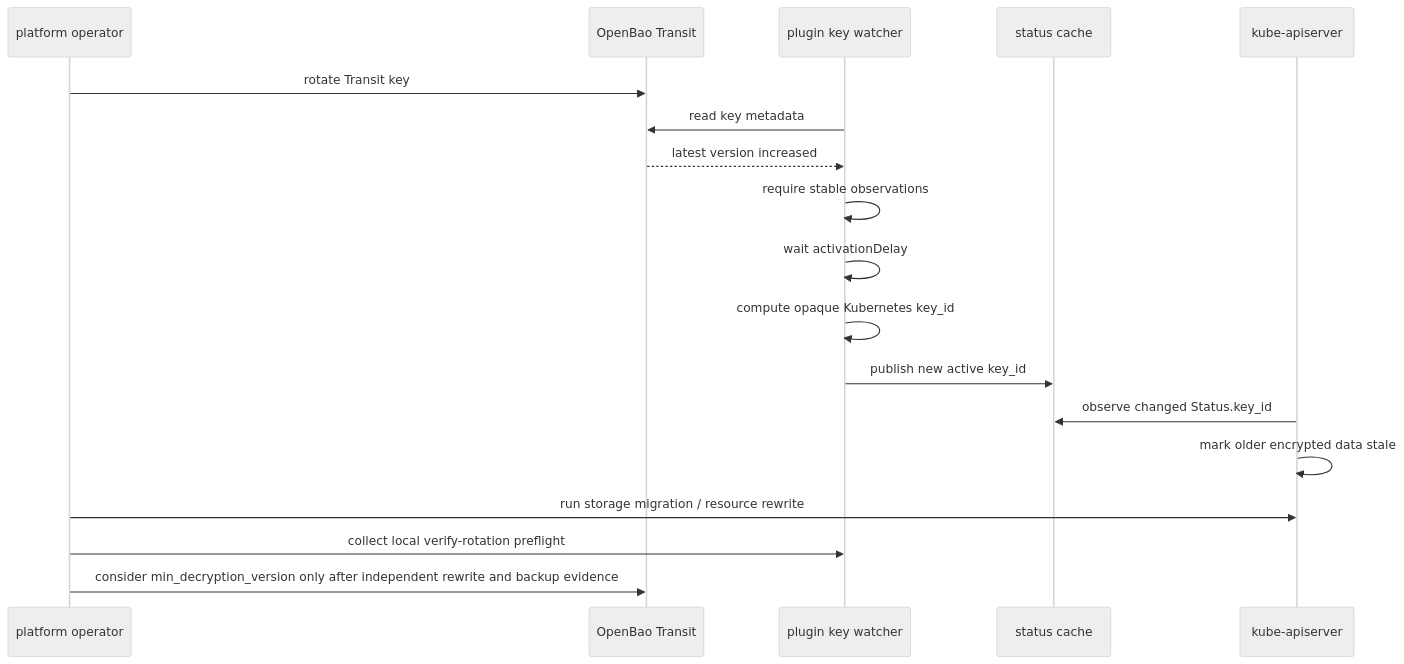
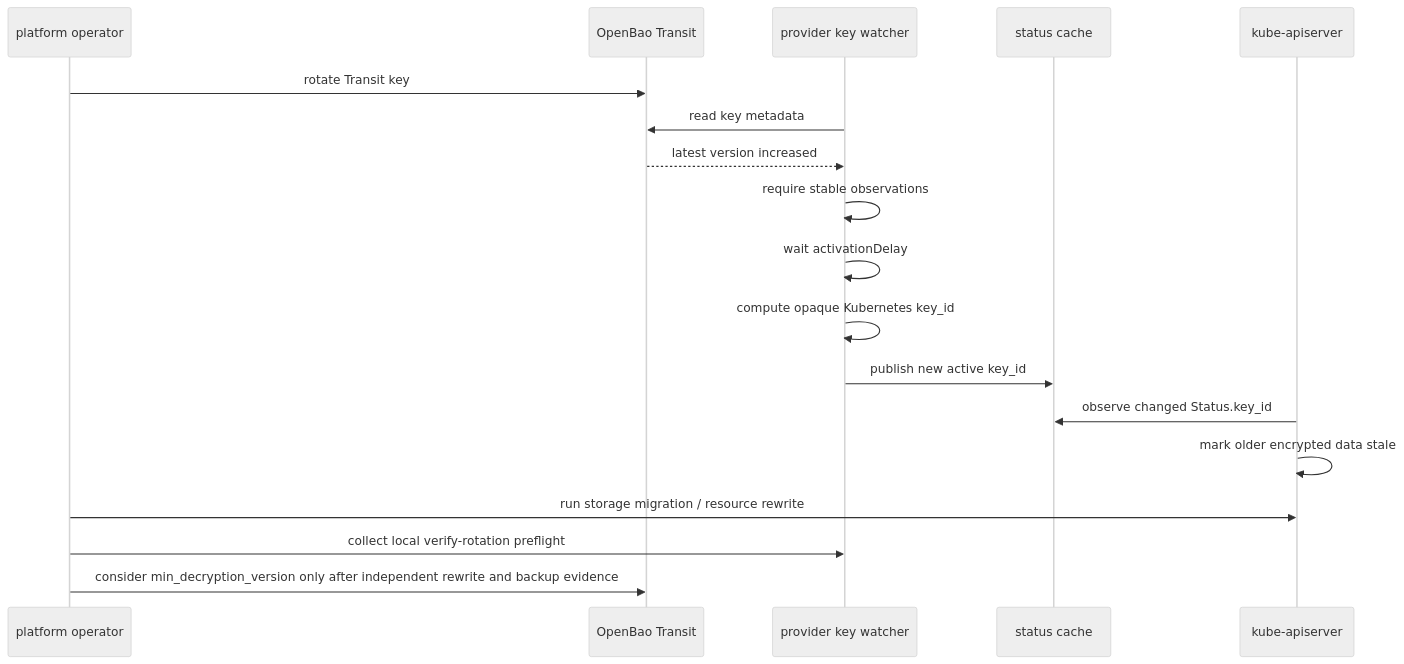
Before and after one commit to dc-tec/openbao-kubernetes-kms: the second of 2 diagrams in docs/architecture/rotation-model.md, drawn with Mermaid (neutral theme). The commit also changed other lines of this file and 68 other files, not shown here.

````diff
--- a/docs/architecture/rotation-model.md
+++ b/docs/architecture/rotation-model.md
@@ -39,21 +39,21 @@
 ```mermaid
 sequenceDiagram
     participant Operator as platform operator
     participant Bao as OpenBao Transit
-    participant Watcher as plugin key watcher
+    participant Watcher as provider key watcher
     participant Status as status cache
     participant API as kube-apiserver
 
     Operator->>Bao: rotate Transit key
     Watcher->>Bao: read key metadata
     Bao-->>Watcher: latest version increased
     Watcher->>Watcher: require stable observations
     Watcher->>Watcher: wait activationDelay
     Watcher->>Watcher: compute opaque Kubernetes key_id
     Watcher->>Status: publish new active key_id
     API->>Status: observe changed Status.key_id
     API->>API: mark older encrypted data stale
     Operator->>API: run storage migration / resource rewrite
     Operator->>Watcher: collect local verify-rotation preflight
     Operator->>Bao: consider min_decryption_version only after independent rewrite and backup evidence
 ```
````
